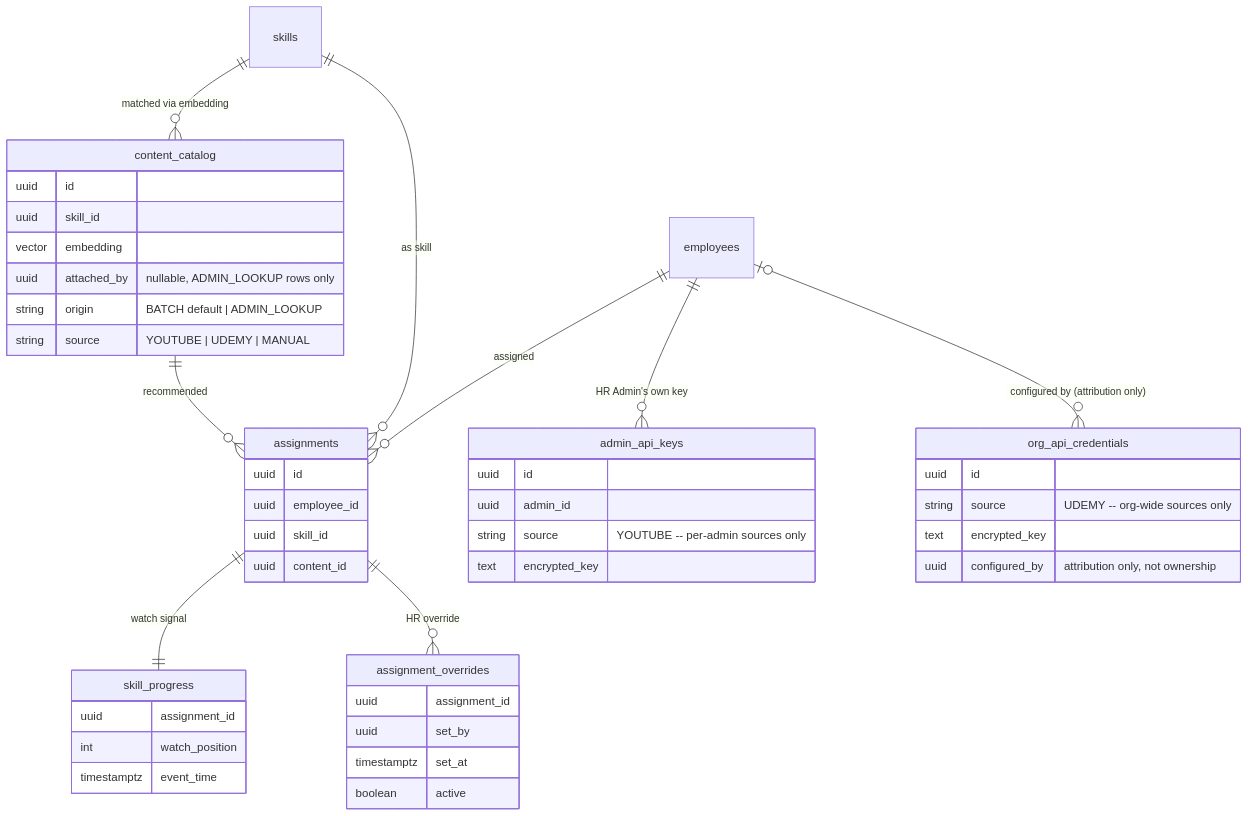
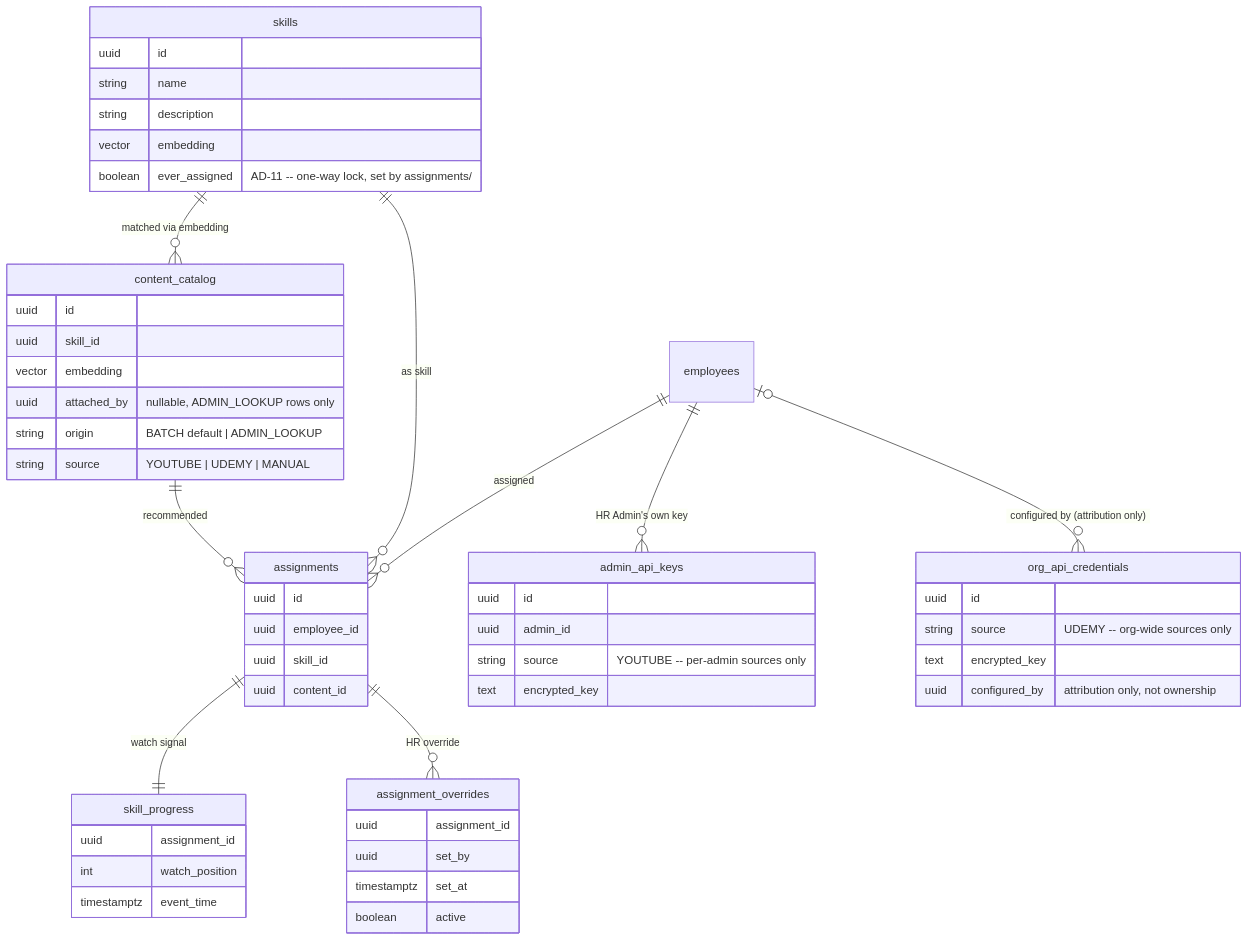
One commit to PTirumalaVasu/TalentPilot-AI changed the third of 3 diagrams in _bmad-output/planning-artifacts/architecture/architecture-TalentPilot-AI-2026-07-09/ARCHITECTURE-SPINE.md. Above: the diagram before and after it, drawn with Mermaid. The commit also changed other lines of this file and 10 other files, not shown here.

````diff
--- a/_bmad-output/planning-artifacts/architecture/architecture-TalentPilot-AI-2026-07-09/ARCHITECTURE-SPINE.md
+++ b/_bmad-output/planning-artifacts/architecture/architecture-TalentPilot-AI-2026-07-09/ARCHITECTURE-SPINE.md
@@ -191,49 +208,56 @@
 ```mermaid
 erDiagram
     employees ||--o{ assignments : "assigned"
     skills ||--o{ assignments : "as skill"
     content_catalog ||--o{ assignments : "recommended"
     skills ||--o{ content_catalog : "matched via embedding"
     assignments ||--|| skill_progress : "watch signal"
     assignments ||--o{ assignment_overrides : "HR override"
     employees ||--o{ admin_api_keys : "HR Admin's own key"
     employees |o--o{ org_api_credentials : "configured by (attribution only)"
 
     assignments {
         uuid id
         uuid employee_id
         uuid skill_id
         uuid content_id
     }
     skill_progress {
         uuid assignment_id
         int watch_position
         timestamptz event_time
     }
     assignment_overrides {
         uuid assignment_id
         uuid set_by
         timestamptz set_at
         boolean active
     }
     content_catalog {
         uuid id
         uuid skill_id
         vector embedding
         uuid attached_by "nullable, ADMIN_LOOKUP rows only"
         string origin "BATCH default | ADMIN_LOOKUP"
         string source "YOUTUBE | UDEMY | MANUAL"
     }
     admin_api_keys {
         uuid id
         uuid admin_id
         string source "YOUTUBE -- per-admin sources only"
         text encrypted_key
     }
     org_api_credentials {
         uuid id
         string source "UDEMY -- org-wide sources only"
         text encrypted_key
         uuid configured_by "attribution only, not ownership"
     }
+    skills {
+        uuid id
+        string name
+        string description
+        vector embedding
+        boolean ever_assigned "AD-11 -- one-way lock, set by assignments/"
+    }
 ```
````
